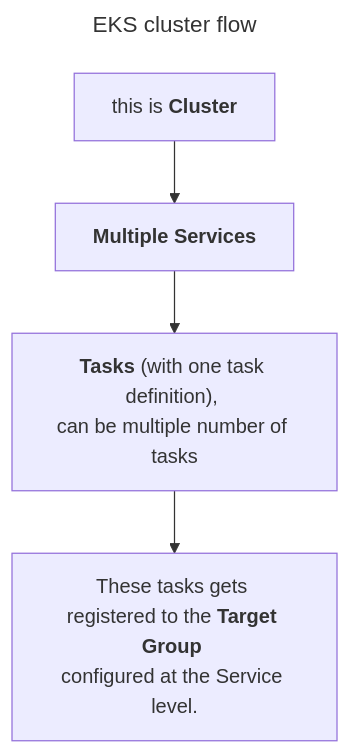
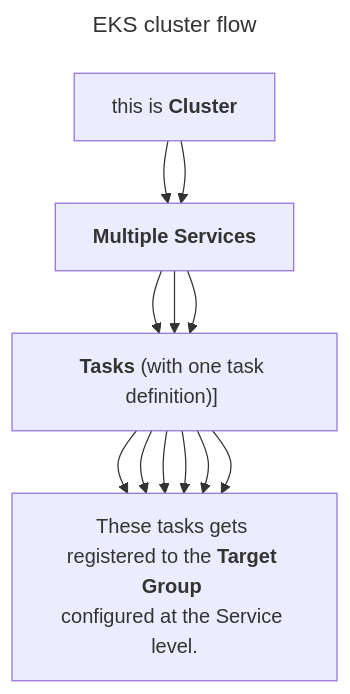
The second of 2 diagrams in README.md (nepalsingh/cloud-training), drawn with Mermaid before and after one commit.

Commit message:
EKS update

````diff
--- a/README.md
+++ b/README.md
@@ -730,17 +730,26 @@
 ```mermaid
 ---
 title: EKS cluster flow 
 ---
 %%{init: {"flowchart": {"htmlLabels": false}} }%%
 
 flowchart TD
   cluster["`this is **Cluster** `"]
   services["`**Multiple Services**`"]
-  tasks["`**Tasks** (with one task definition), 
-  can be multiple number of tasks`"]
+  tasks["`**Tasks** (with one task definition)] 
+  <!-- can be multiple number of tasks`"] -->
   target["`These tasks gets registered to the **Target Group** 
   configured at the Service level.`"]
 
-  cluster --> services --> tasks --> target
+  cluster --> services 
+  cluster --> services 
+  services --> tasks 
+  services --> tasks 
+  services --> tasks 
+  tasks -->  target
+  tasks -->  target
+  tasks -->  target
+  tasks -->  target
+  tasks -->  target
 
 ```
````
